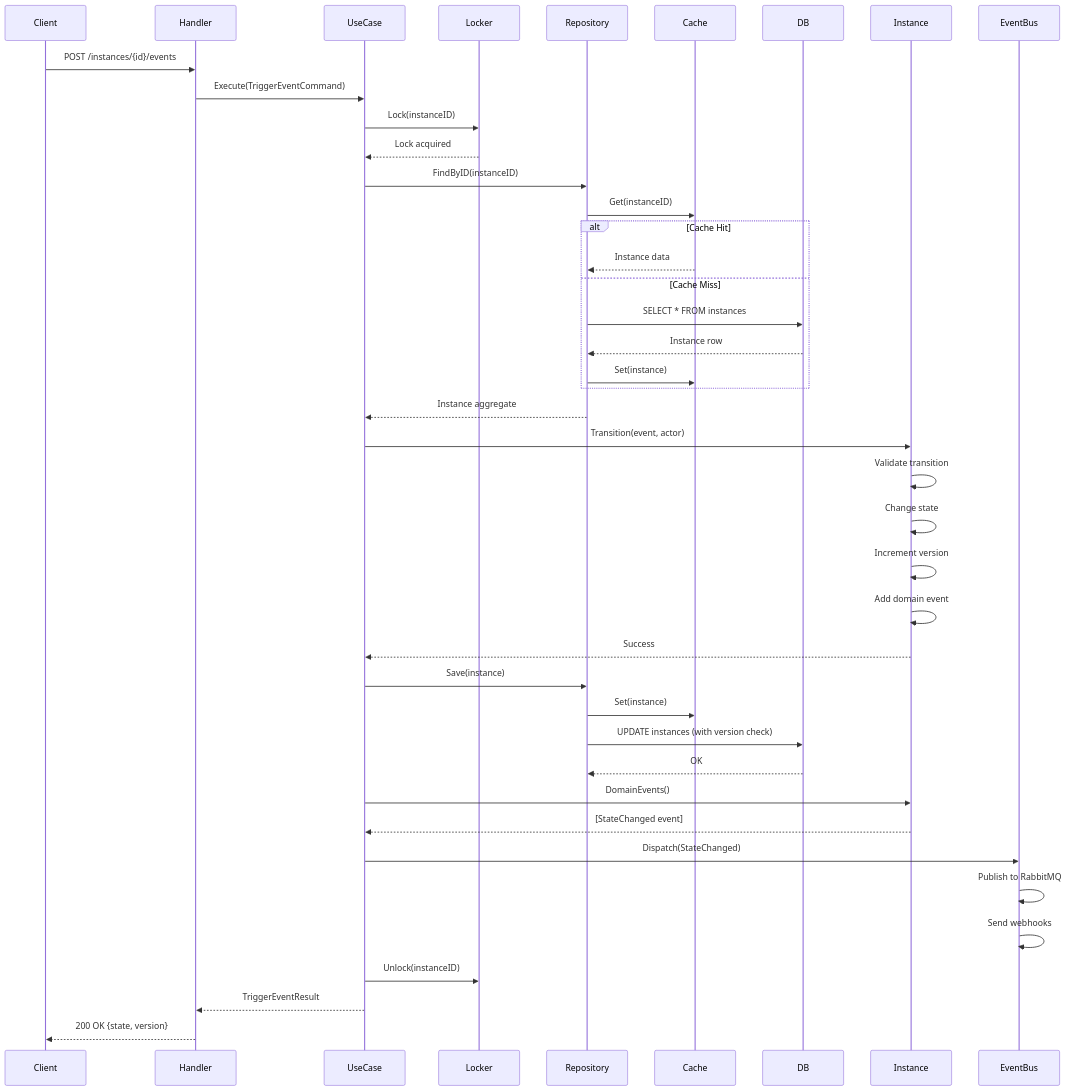
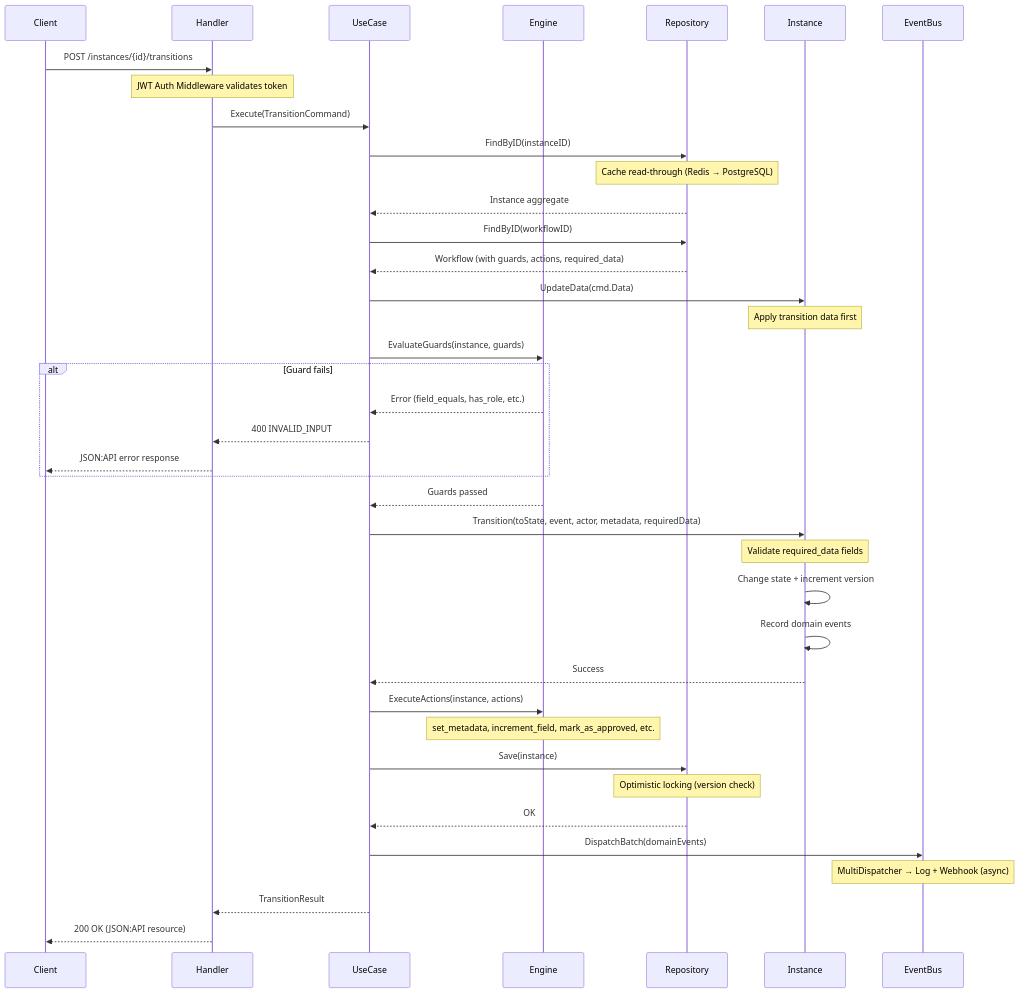
One commit to gerswin/FlowEngine changed the second of 3 diagrams in design.md. Above: the diagram before and after it, drawn with Mermaid. The commit also changed other lines of this file, not shown here.

First line of the commit message:
docs: Update design.md with current architecture and implementation status

````diff
--- a/design.md
+++ b/design.md
@@ -198,53 +208,51 @@
 ```mermaid
 sequenceDiagram
     participant Client
     participant Handler
     participant UseCase
-    participant Locker
+    participant Engine
     participant Repository
-    participant Cache
-    participant DB
     participant Instance
     participant EventBus
 
-    Client->>Handler: POST /instances/{id}/events
-    Handler->>UseCase: Execute(TriggerEventCommand)
-    UseCase->>Locker: Lock(instanceID)
-    Locker-->>UseCase: Lock acquired
+    Client->>Handler: POST /instances/{id}/transitions
+    Note over Handler: JWT Auth Middleware validates token
+    Handler->>UseCase: Execute(TransitionCommand)
 
     UseCase->>Repository: FindByID(instanceID)
-    Repository->>Cache: Get(instanceID)
-
-    alt Cache Hit
-        Cache-->>Repository: Instance data
-    else Cache Miss
-        Repository->>DB: SELECT * FROM instances
-        DB-->>Repository: Instance row
-        Repository->>Cache: Set(instance)
-    end
-
+    Note over Repository: Cache read-through (Redis → PostgreSQL)
     Repository-->>UseCase: Instance aggregate
 
-    UseCase->>Instance: Transition(event, actor)
-    Instance->>Instance: Validate transition
-    Instance->>Instance: Change state
-    Instance->>Instance: Increment version
-    Instance->>Instance: Add domain event
+    UseCase->>Repository: FindByID(workflowID)
+    Repository-->>UseCase: Workflow (with guards, actions, required_data)
+
+    UseCase->>Instance: UpdateData(cmd.Data)
+    Note over Instance: Apply transition data first
+
+    UseCase->>Engine: EvaluateGuards(instance, guards)
+    alt Guard fails
+        Engine-->>UseCase: Error (field_equals, has_role, etc.)
+        UseCase-->>Handler: 400 INVALID_INPUT
+        Handler-->>Client: JSON:API error response
+    end
+    Engine-->>UseCase: Guards passed
+
+    UseCase->>Instance: Transition(toState, event, actor, metadata, requiredData)
+    Note over Instance: Validate required_data fields
+    Instance->>Instance: Change state + increment version
+    Instance->>Instance: Record domain events
     Instance-->>UseCase: Success
 
+    UseCase->>Engine: ExecuteActions(instance, actions)
+    Note over Engine: set_metadata, increment_field, mark_as_approved, etc.
+
     UseCase->>Repository: Save(instance)
-    Repository->>Cache: Set(instance)
-    Repository->>DB: UPDATE instances (with version check)
-    DB-->>Repository: OK
+    Note over Repository: Optimistic locking (version check)
+    Repository-->>UseCase: OK
 
-    UseCase->>Instance: DomainEvents()
-    Instance-->>UseCase: [StateChanged event]
+    UseCase->>EventBus: DispatchBatch(domainEvents)
+    Note over EventBus: MultiDispatcher → Log + Webhook (async)
 
-    UseCase->>EventBus: Dispatch(StateChanged)
-    EventBus->>EventBus: Publish to RabbitMQ
-    EventBus->>EventBus: Send webhooks
-
-    UseCase->>Locker: Unlock(instanceID)
-    UseCase-->>Handler: TriggerEventResult
-    Handler-->>Client: 200 OK {state, version}
+    UseCase-->>Handler: TransitionResult
+    Handler-->>Client: 200 OK (JSON:API resource)
 ```
````
